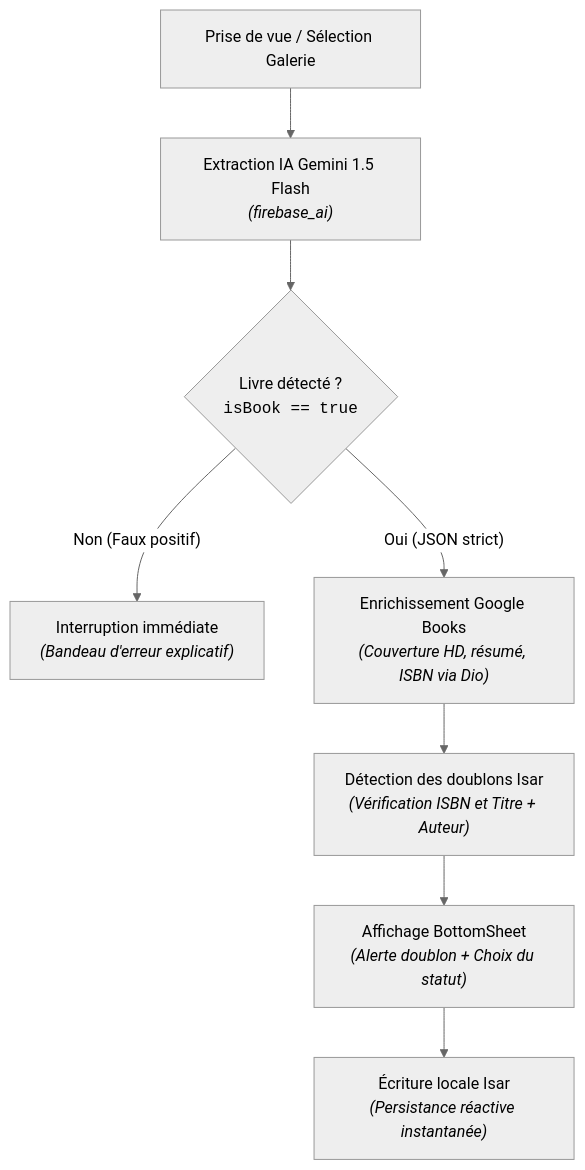
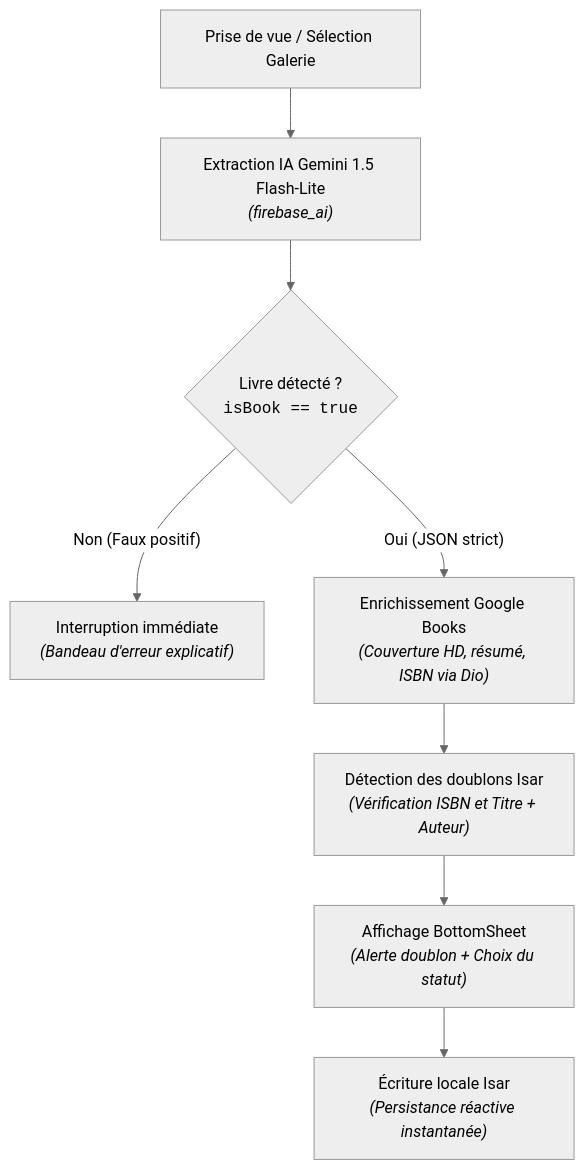
Before and after one commit to loucabaigneres/kitob: the second of 2 diagrams in docs/ARCHITECTURE.md, drawn with Mermaid (neutral theme). The commit also changed 2 other files, not shown here.

Commit message:
feat: add API and SDK contracts documentation for Kitob, detailing data exchange, JSON schemas, and integration with Firebase and Google Books

````diff
--- a/docs/ARCHITECTURE.md
+++ b/docs/ARCHITECTURE.md
@@ -100,16 +100,16 @@
 ```mermaid
 flowchart TD
-    Capture["Prise de vue / Sélection Galerie"] --> AI["Extraction IA Gemini 1.5 Flash<br/><i>(firebase_ai)</i>"]
+    Capture["Prise de vue / Sélection Galerie"] --> AI["Extraction IA Gemini 1.5 Flash-Lite<br/><i>(firebase_ai)</i>"]
     
     AI --> CheckBook{"Livre détecté ?<br/><code>isBook == true</code>"}
     
     CheckBook -- "Non (Faux positif)" --> Abort["Interruption immédiate<br/><i>(Bandeau d'erreur explicatif)</i>"]
     
     CheckBook -- "Oui (JSON strict)" --> BooksAPI["Enrichissement Google Books<br/><i>(Couverture HD, résumé, ISBN via Dio)</i>"]
     
     BooksAPI --> DuplicateCheck["Détection des doublons Isar<br/><i>(Vérification ISBN et Titre + Auteur)</i>"]
     
     DuplicateCheck --> Sheet["Affichage BottomSheet<br/><i>(Alerte doublon + Choix du statut)</i>"]
     
     Sheet --> Persist["Écriture locale Isar<br/><i>(Persistance réactive instantanée)</i>"]
 ```
````
